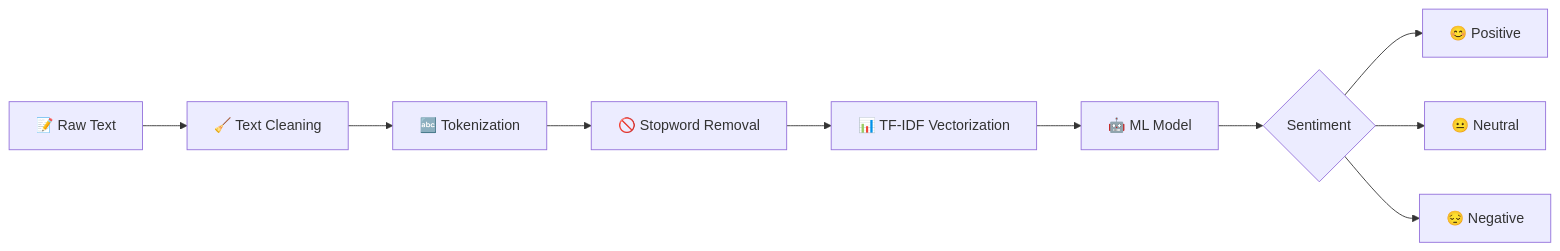
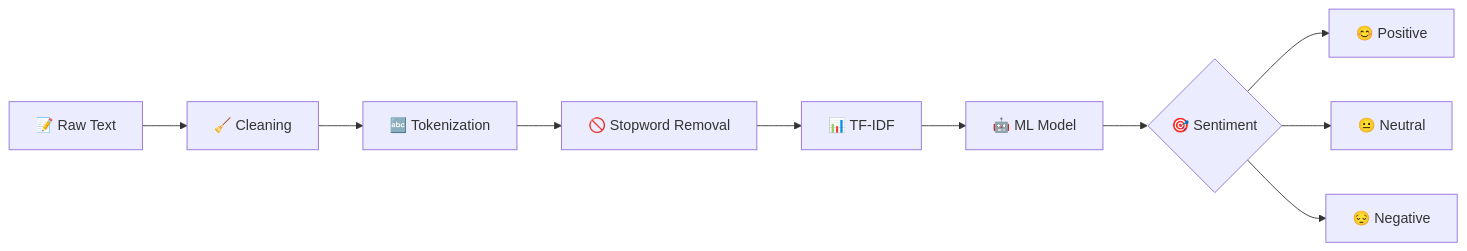
One commit to Shrutishinha/sentimental_analysis changed the diagram in README.md. Above: the diagram before and after it, drawn with Mermaid. The commit also changed other lines of this file, not shown here.

````diff
--- a/README.md
+++ b/README.md
@@ -89,12 +125,16 @@
 ```mermaid
 flowchart LR
-    A["📝 Raw Text"] --> B["🧹 Text Cleaning"]
-    B --> C["🔤 Tokenization"]
-    C --> D["🚫 Stopword Removal"]
-    D --> E["📊 TF-IDF Vectorization"]
-    E --> F["🤖 ML Model"]
-    F --> G{"Sentiment"}
+    A["📝 Raw Text"]
+    B["🧹 Cleaning"]
+    C["🔤 Tokenization"]
+    D["🚫 Stopword Removal"]
+    E["📊 TF-IDF"]
+    F["🤖 ML Model"]
+    G{"🎯 Sentiment"}
+
+    A --> B --> C --> D --> E --> F --> G
+
     G --> H["😊 Positive"]
     G --> I["😐 Neutral"]
     G --> J["😔 Negative"]
 ```
````
